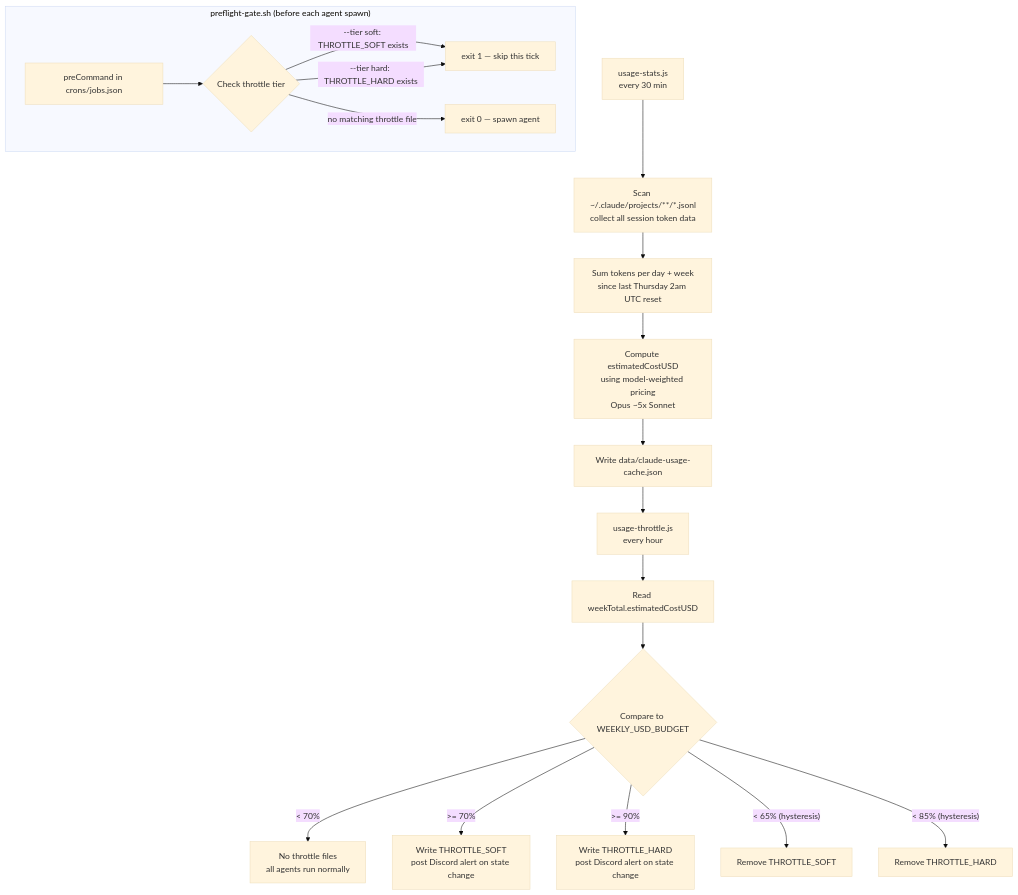
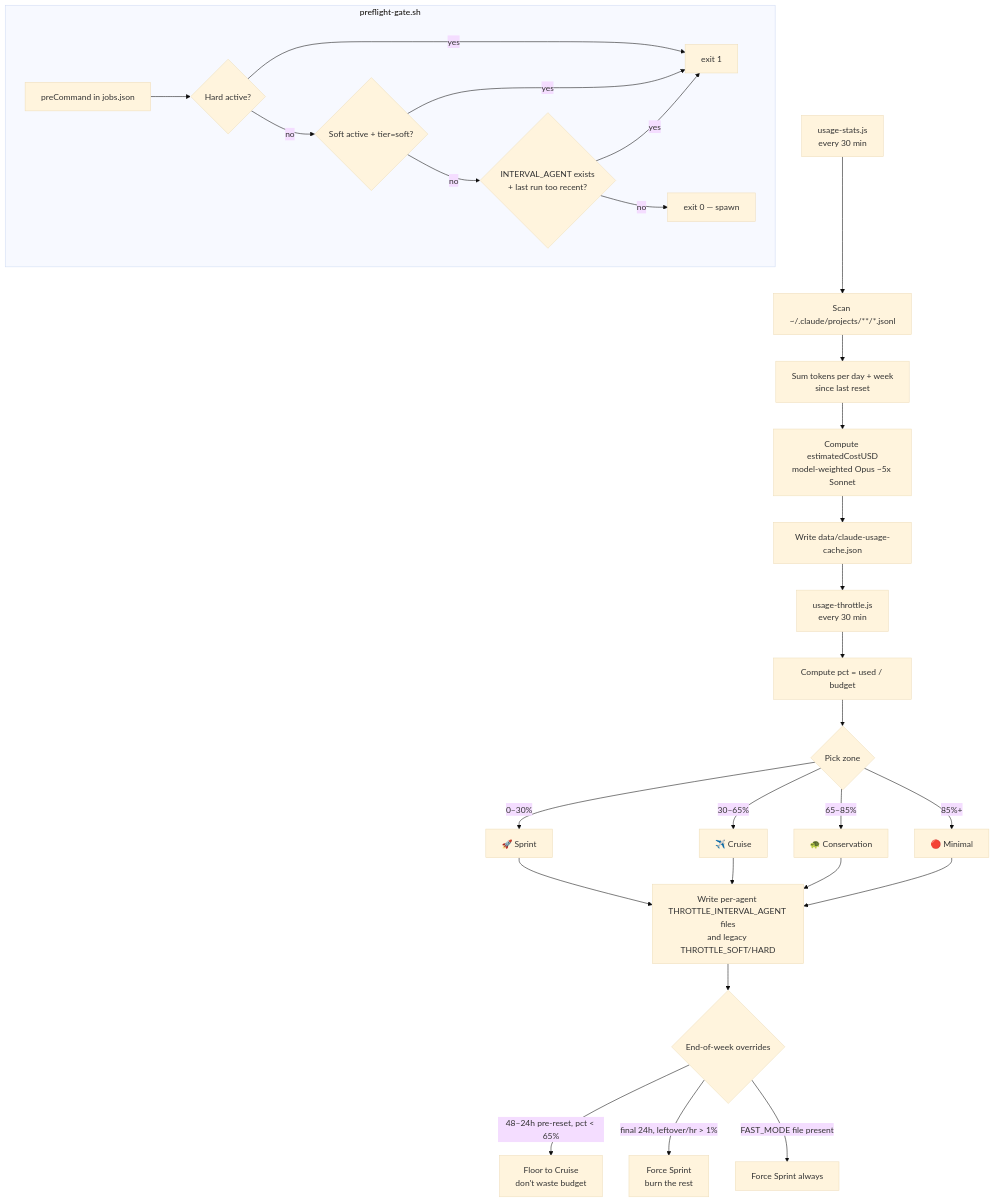
The diagram in README.md (Agent-Crafting-Table/agent-usage-throttle), drawn with Mermaid (base theme) before and after one commit. The commit also changed other lines of this file and 3 other files, not shown here.

First line of the commit message:
feat: graduated 4-zone throttle + EOW logic + FAST_MODE

````diff
--- a/README.md
+++ b/README.md
@@ -9,33 +9,45 @@
 ```mermaid
 flowchart TD
     A["usage-stats.js
-every 30 min"] --> B["Scan ~/.claude/projects/**/*.jsonl
-collect all session token data"]
+every 30 min"] --> B["Scan ~/.claude/projects/**/*.jsonl"]
     B --> C[Sum tokens per day + week
-since last Thursday 2am UTC reset]
+since last reset]
     C --> D[Compute estimatedCostUSD
-using model-weighted pricing
-Opus ~5x Sonnet]
+model-weighted Opus ~5x Sonnet]
     D --> E[Write data/claude-usage-cache.json]
 
     E --> F["usage-throttle.js
-every hour"]
-    F --> G[Read weekTotal.estimatedCostUSD]
-    G --> H{Compare to WEEKLY_USD_BUDGET}
+every 30 min"]
+    F --> G[Compute pct = used / budget]
+    G --> H{Pick zone}
+    H -->|0–30%| Z1[🚀 Sprint]
+    H -->|30–65%| Z2[✈️ Cruise]
+    H -->|65–85%| Z3[🐢 Conservation]
+    H -->|85%+| Z4[🔴 Minimal]
 
-    H -->|< 70%| I[No throttle files
-all agents run normally]
-    H -->|>= 70%| J[Write THROTTLE_SOFT
-post Discord alert on state change]
-    H -->|>= 90%| K[Write THROTTLE_HARD
-post Discord alert on state change]
-    H -->|"< 65% (hysteresis)"| L[Remove THROTTLE_SOFT]
-    H -->|"< 85% (hysteresis)"| M[Remove THROTTLE_HARD]
+    Z1 --> WRITE
+    Z2 --> WRITE
+    Z3 --> WRITE
+    Z4 --> WRITE
 
-    subgraph "preflight-gate.sh (before each agent spawn)"
-        N["preCommand in crons/jobs.json"] --> O{Check throttle tier}
-        O -->|"--tier soft: THROTTLE_SOFT exists"| P[exit 1 — skip this tick]
-        O -->|"--tier hard: THROTTLE_HARD exists"| P
-        O -->|"no matching throttle file"| Q[exit 0 — spawn agent]
+    WRITE[Write per-agent THROTTLE_INTERVAL_AGENT files
+and legacy THROTTLE_SOFT/HARD]
+
+    WRITE --> EOW{End-of-week overrides}
+    EOW -->|"48–24h pre-reset, pct < 65%"| FLOOR[Floor to Cruise
+don't waste budget]
+    EOW -->|"final 24h, leftover/hr > 1%"| BURN[Force Sprint
+burn the rest]
+    EOW -->|"FAST_MODE file present"| FAST[Force Sprint always]
+
+    subgraph "preflight-gate.sh"
+        N["preCommand in jobs.json"] --> O{Hard active?}
+        O -->|yes| SKIP[exit 1]
+        O -->|no| O2{Soft active + tier=soft?}
+        O2 -->|yes| SKIP
+        O2 -->|no| O3{"INTERVAL_AGENT exists
++ last run too recent?"}
+        O3 -->|yes| SKIP
+        O3 -->|no| ALLOW[exit 0 — spawn]
     end
 ```
````
